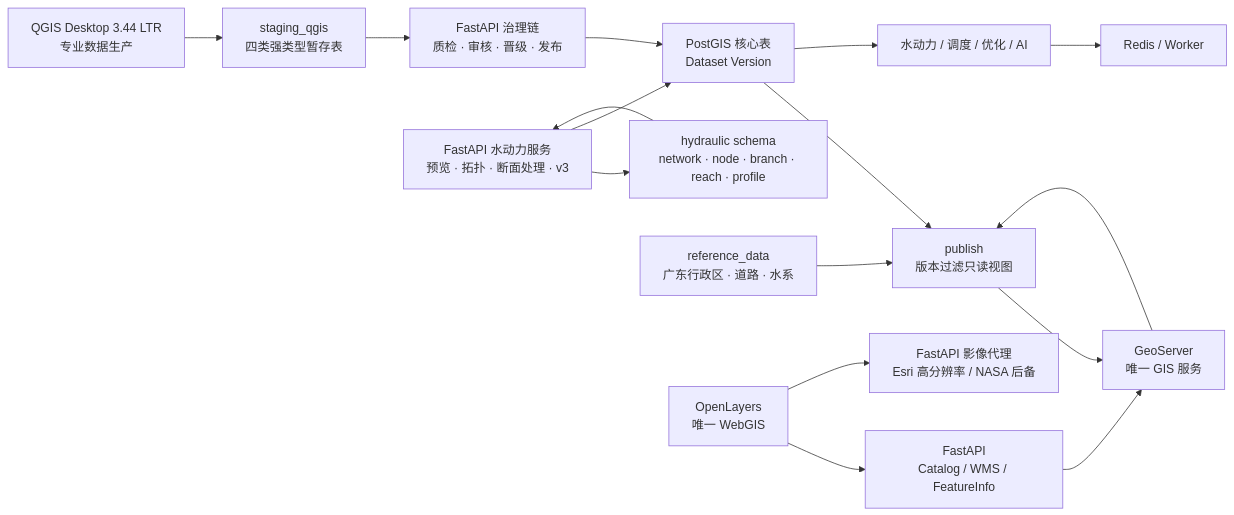
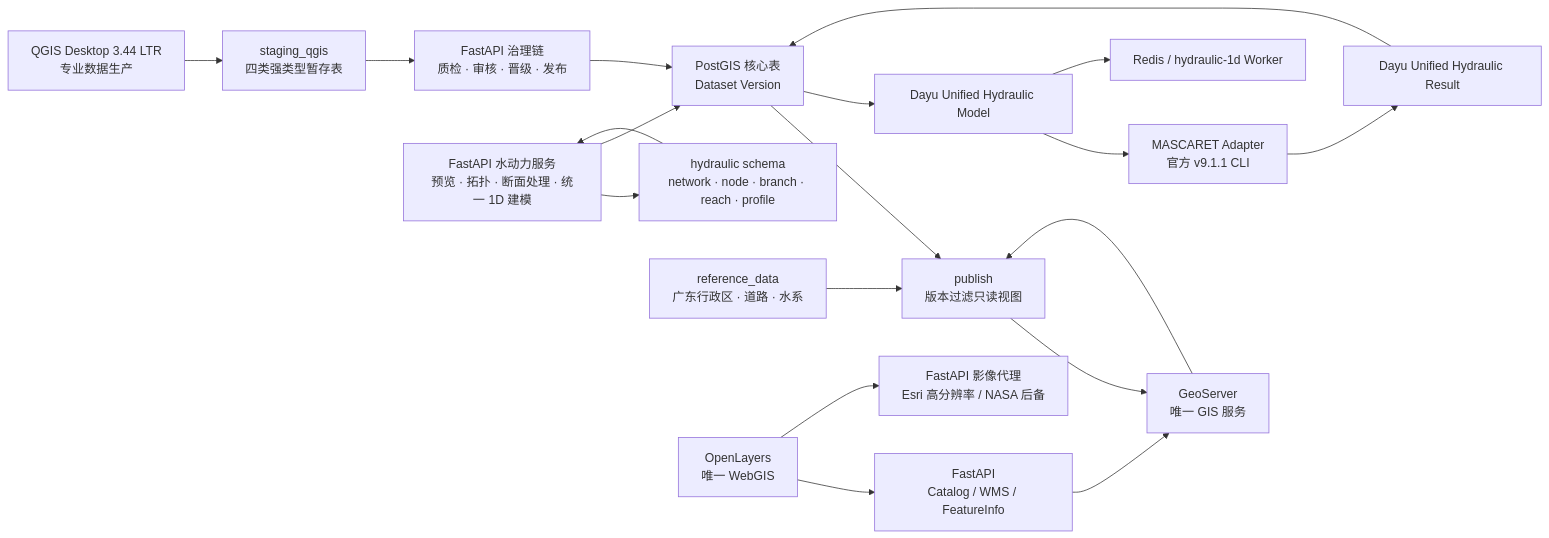
The diagram in docs/architecture.md (zj1310426307-stack/dayu-tiangong), drawn with Mermaid before and after one commit. The commit also changed other lines of this file and 394 other files, not shown here.

Commit message:
refactor(hydraulics): replace custom 1d solver with MASCARET adapter

````diff
--- a/docs/architecture.md
+++ b/docs/architecture.md
@@ -8,18 +8,21 @@
 ```mermaid
 flowchart LR
   QGIS["QGIS Desktop 3.44 LTR<br/>专业数据生产"] --> STAGING["staging_qgis<br/>四类强类型暂存表"]
   STAGING --> GOV["FastAPI 治理链<br/>质检 · 审核 · 晋级 · 发布"]
   GOV --> CORE["PostGIS 核心表<br/>Dataset Version"]
-  EXCHANGE["FastAPI 水动力服务<br/>预览 · 拓扑 · 断面处理 · v3"] --> HYDRAULIC["hydraulic schema<br/>network · node · branch · reach · profile"]
+  EXCHANGE["FastAPI 水动力服务<br/>预览 · 拓扑 · 断面处理 · 统一 1D 建模"] --> HYDRAULIC["hydraulic schema<br/>network · node · branch · reach · profile"]
   EXCHANGE --> CORE
   HYDRAULIC --> EXCHANGE
   CORE --> PUBLISH["publish<br/>版本过滤只读视图"]
   REFERENCE["reference_data<br/>广东行政区 · 道路 · 水系"] --> PUBLISH
   PUBLISH --> GEOSERVER["GeoServer<br/>唯一 GIS 服务"]
   OPENLAYERS["OpenLayers<br/>唯一 WebGIS"] --> API["FastAPI<br/>Catalog / WMS / FeatureInfo"]
   API --> GEOSERVER
   OPENLAYERS --> IMAGERY["FastAPI 影像代理<br/>Esri 高分辨率 / NASA 后备"]
   GEOSERVER --> PUBLISH
-  CORE --> MODEL["水动力 / 调度 / 优化 / AI"]
-  MODEL --> REDIS["Redis / Worker"]
+  CORE --> MODEL["Dayu Unified Hydraulic Model"]
+  MODEL --> ADAPTER["MASCARET Adapter<br/>官方 v9.1.1 CLI"]
+  ADAPTER --> RESULT["Dayu Unified Hydraulic Result"]
+  MODEL --> REDIS["Redis / hydraulic-1d Worker"]
+  RESULT --> CORE
 ```
````
